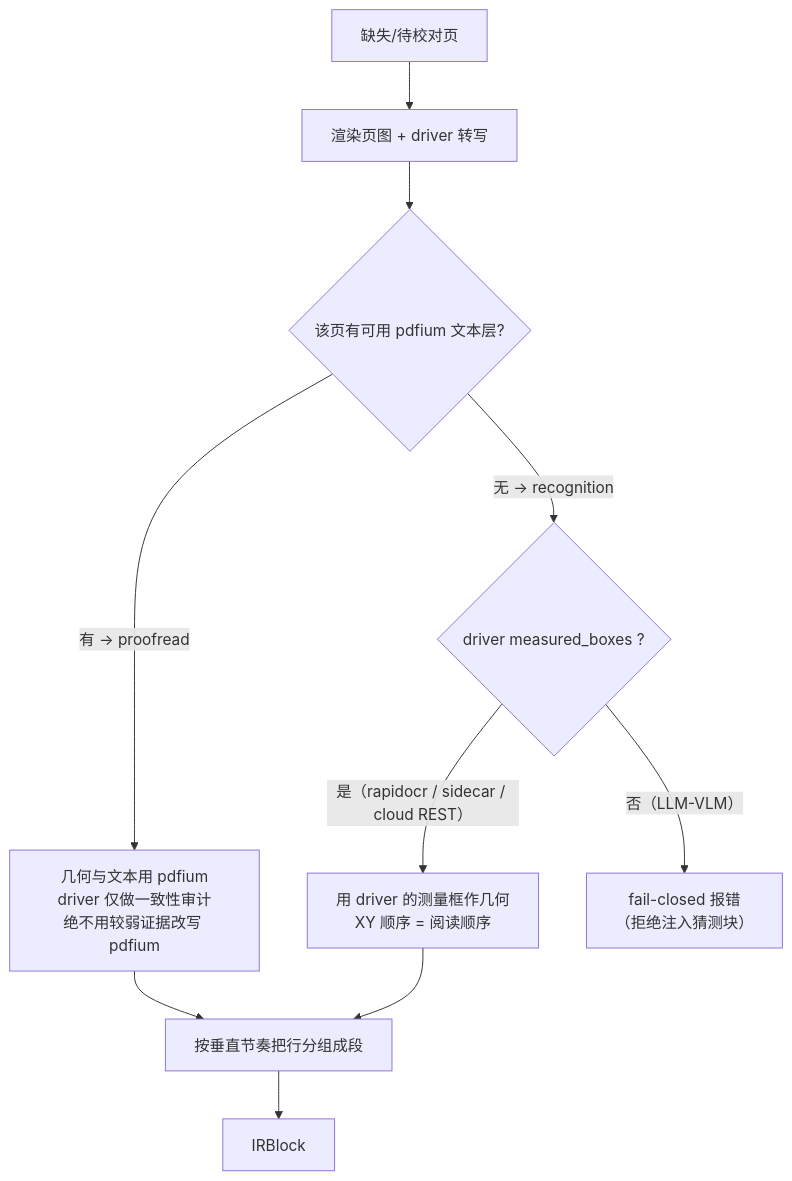
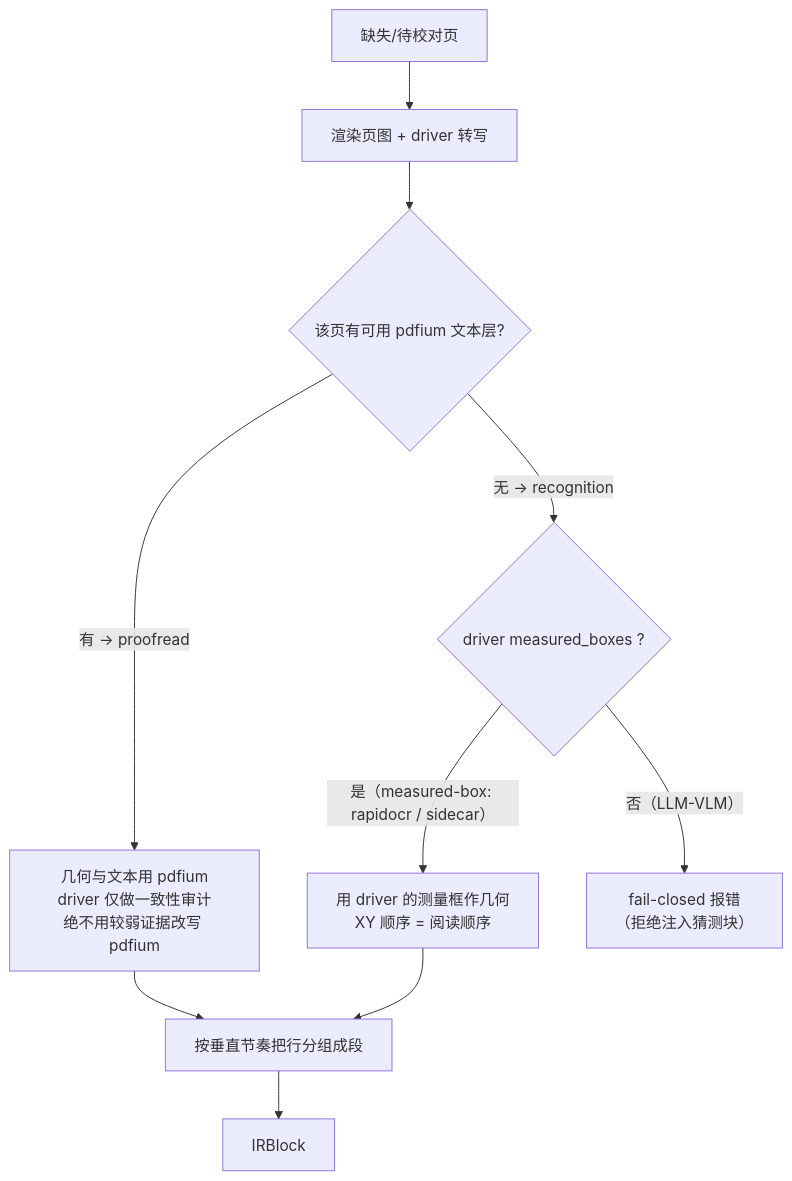
One commit to kylesean/universal_book_translator changed the third of 3 diagrams in docs/guides/PDF_INGEST_AND_VLM_ROUTING.md. Above: the diagram before and after it, drawn with Mermaid. The commit also changed other lines of this file and 5 other files, not shown here.

````diff
--- a/docs/guides/PDF_INGEST_AND_VLM_ROUTING.md
+++ b/docs/guides/PDF_INGEST_AND_VLM_ROUTING.md
@@ -228,12 +228,12 @@
 ```mermaid
 flowchart TD
     T["缺失/待校对页"] --> R["渲染页图 + driver 转写"]
     R --> Q{"该页有可用 pdfium 文本层?"}
     Q -->|"有 → proofread"| P["几何与文本用 pdfium<br/>driver 仅做一致性审计<br/>绝不用较弱证据改写 pdfium"]
     Q -->|"无 → recognition"| M{"driver measured_boxes ?"}
-    M -->|"是（rapidocr / sidecar / cloud REST）"| B["用 driver 的测量框作几何<br/>XY 顺序 = 阅读顺序"]
+    M -->|"是（measured-box: rapidocr / sidecar）"| B["用 driver 的测量框作几何<br/>XY 顺序 = 阅读顺序"]
     M -->|"否（LLM-VLM）"| X["fail-closed 报错<br/>（拒绝注入猜测块）"]
     P --> G["按垂直节奏把行分组成段"]
     B --> G
     G --> O["IRBlock"]
 ```
````
